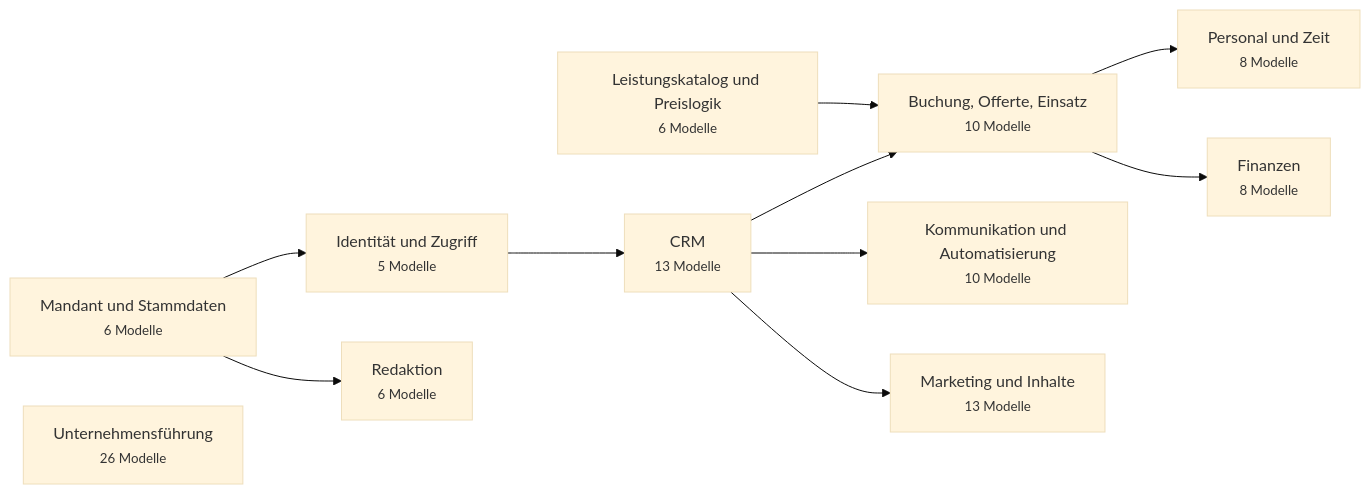
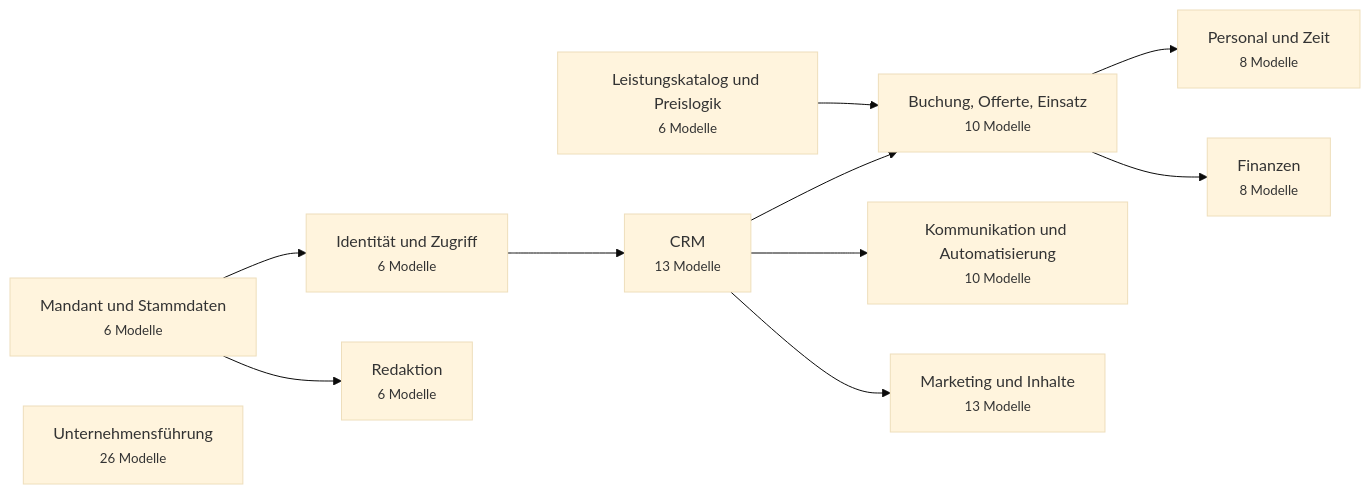
Before and after one commit to javadqasemi/Clenaris: the first of 12 diagrams in docs/DATABASE.md, drawn with Mermaid (base theme). The commit also changed other lines of this file and 16 other files, not shown here.

````diff
--- a/docs/DATABASE.md
+++ b/docs/DATABASE.md
@@ -36,23 +36,23 @@
 ```mermaid
 flowchart LR
   stammdaten["Mandant und Stammdaten<br/><small>6 Modelle</small>"]
-  identitaet["Identität und Zugriff<br/><small>5 Modelle</small>"]
+  identitaet["Identität und Zugriff<br/><small>6 Modelle</small>"]
   crm["CRM<br/><small>13 Modelle</small>"]
   katalog["Leistungskatalog und Preislogik<br/><small>6 Modelle</small>"]
   auftrag["Buchung, Offerte, Einsatz<br/><small>10 Modelle</small>"]
   personal["Personal und Zeit<br/><small>8 Modelle</small>"]
   finanzen["Finanzen<br/><small>8 Modelle</small>"]
   kommunikation["Kommunikation und Automatisierung<br/><small>10 Modelle</small>"]
   marketing["Marketing und Inhalte<br/><small>13 Modelle</small>"]
   redaktion["Redaktion<br/><small>6 Modelle</small>"]
   fuehrung["Unternehmensführung<br/><small>26 Modelle</small>"]
   stammdaten --> identitaet
   identitaet --> crm
   crm --> auftrag
   katalog --> auftrag
   auftrag --> personal
   auftrag --> finanzen
   crm --> kommunikation
   crm --> marketing
   stammdaten --> redaktion
 ```
````
